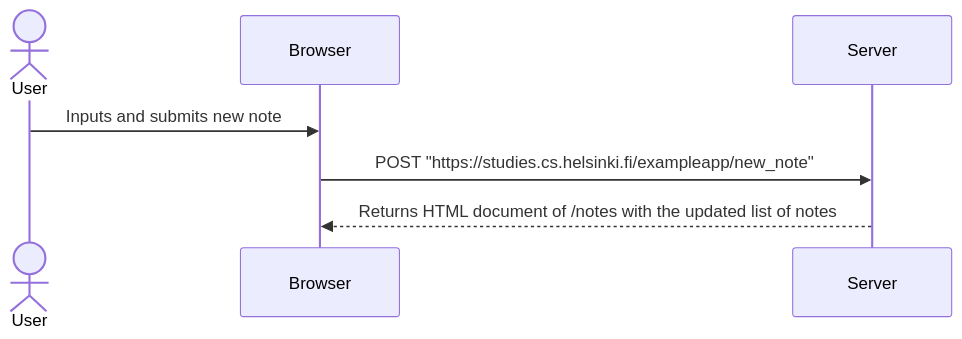
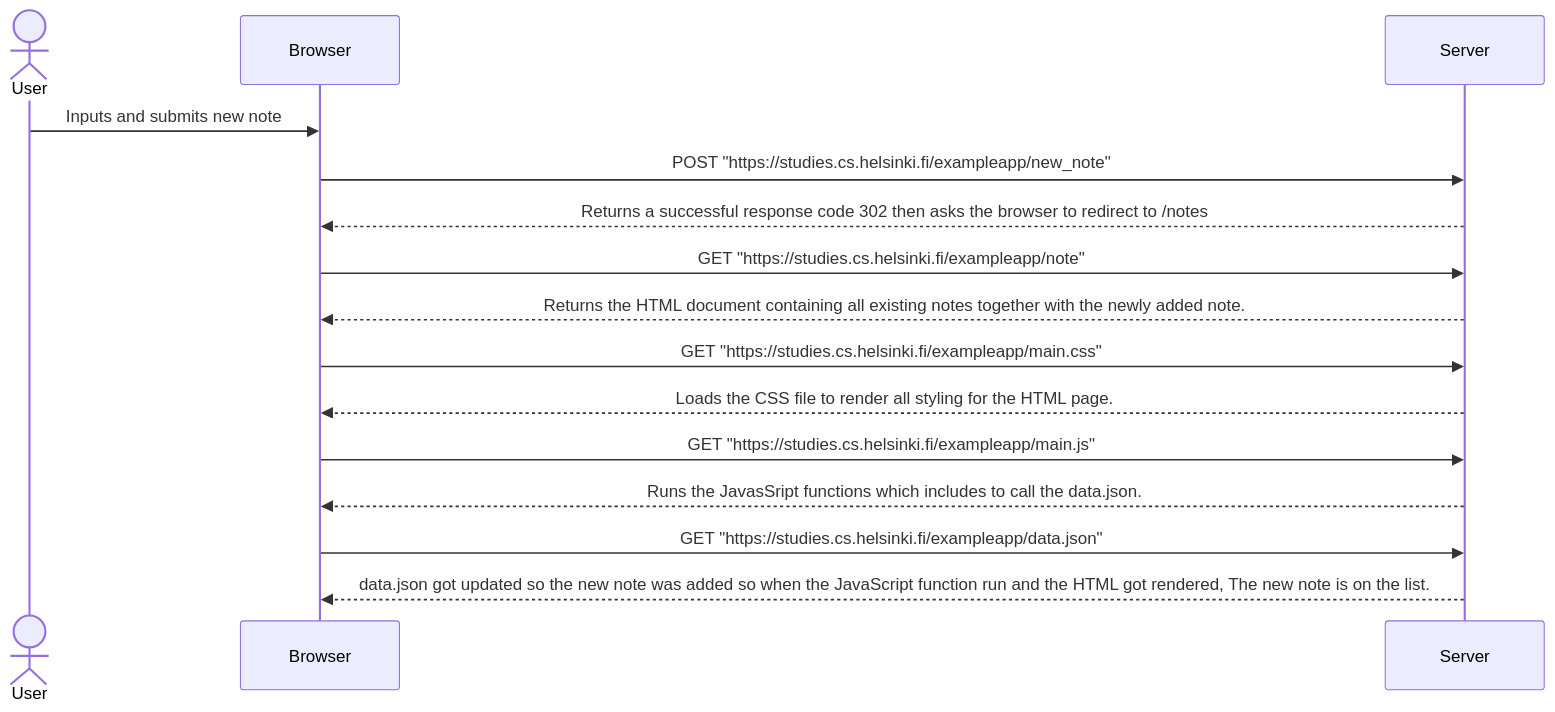
The diagram in new-note.md (duanematyu/full-stack-open), drawn with Mermaid before and after one commit.

````diff
--- a/new-note.md
+++ b/new-note.md
@@ -1,10 +1,22 @@
 ```mermaid
 sequenceDiagram
     Actor User
     participant Browser
     participant Server
 
     User->>Browser: Inputs and submits new note
     Browser->>Server: POST "https://studies.cs.helsinki.fi/exampleapp/new_note"
-    Server-->>Browser: Returns HTML document of /notes with the updated list of notes
+    Server-->>Browser: Returns a successful response code 302 then asks the browser to redirect to /notes
+
+    Browser->>Server: GET "https://studies.cs.helsinki.fi/exampleapp/note"
+    Server-->>Browser: Returns the HTML document containing all existing notes together with the newly added note.
+
+    Browser->>Server: GET "https://studies.cs.helsinki.fi/exampleapp/main.css"
+    Server-->>Browser: Loads the CSS file to render all styling for the HTML page.
+
+    Browser->>Server: GET "https://studies.cs.helsinki.fi/exampleapp/main.js"
+    Server-->>Browser: Runs the JavasSript functions which includes to call the data.json.
+
+    Browser->>Server: GET "https://studies.cs.helsinki.fi/exampleapp/data.json"
+    Server-->>Browser: data.json got updated so the new note was added so when the JavaScript function run and the HTML got rendered, The new note is on the list.
 ```
````
